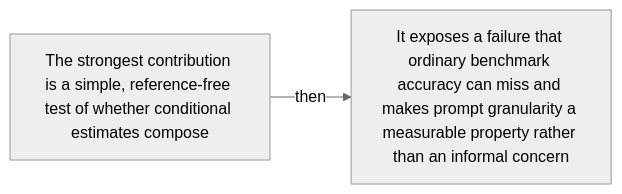
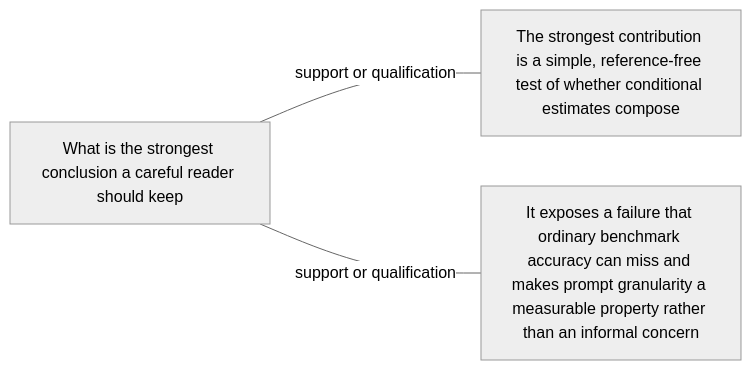
Before and after one commit to Betancourt1/paper_atlas: diagram 45 of 48 in docs/visual-manifests/VISUAL_MANIFEST_PARTITION_PROMPT_AGGREGATE.md, drawn with Mermaid (neutral theme). The commit also changed other lines of this file and 7 other files, not shown here.

````diff
--- a/docs/visual-manifests/VISUAL_MANIFEST_PARTITION_PROMPT_AGGREGATE.md
+++ b/docs/visual-manifests/VISUAL_MANIFEST_PARTITION_PROMPT_AGGREGATE.md
@@ -3610,6 +3621,8 @@
 ```mermaid
 flowchart LR
-  n1["The strongest contribution is a simple, reference-free test of whether conditional estimates compose"]
-  n2["It exposes a failure that ordinary benchmark accuracy can miss and makes prompt granularity a measurable property rather than an informal concern"]
-  n1 -->|"then"| n2
+  center["What is the strongest conclusion a careful reader should keep"]
+  f1["The strongest contribution is a simple, reference-free test of whether conditional estimates compose"]
+  f2["It exposes a failure that ordinary benchmark accuracy can miss and makes prompt granularity a measurable property rather than an informal concern"]
+  center ---|"support or qualification"| f1
+  center ---|"support or qualification"| f2
 ```
````
